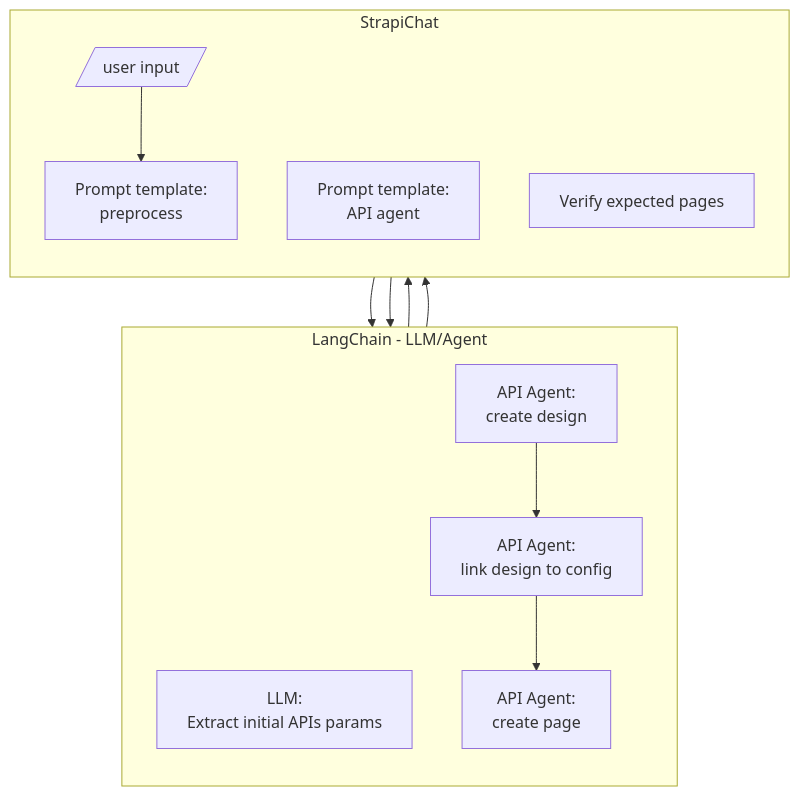
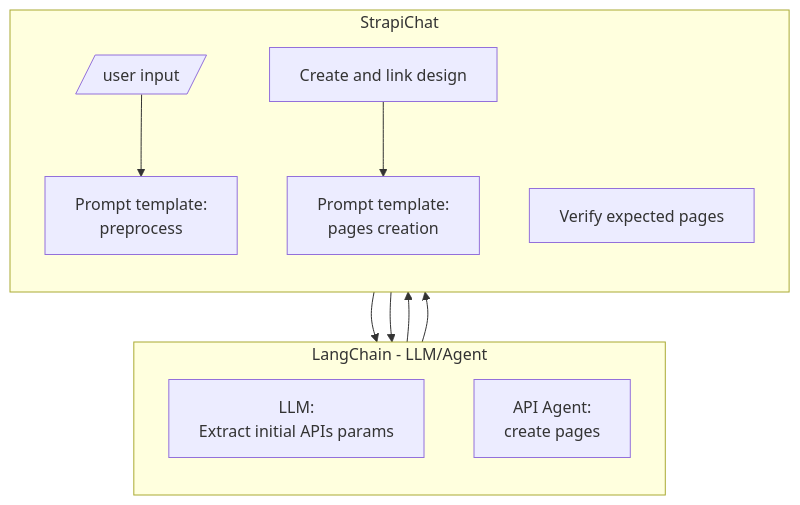
The third of 3 diagrams in README.md (alallaqi/poc-strapi-chat), drawn with Mermaid before and after one commit. The commit also changed 3 other files, not shown here.

Commit message:
- Agent prompt for basic page creation - Design creation and link switched to direct API call

````diff
--- a/README.md
+++ b/README.md
@@ -47,27 +47,25 @@
 ```mermaid
 flowchart TB
   
   subgraph LangChain - LLM/Agent
    direction TB
    Preprocess[LLM:<br />Extract initial APIs params]
-   AgentCreateDesign[API Agent:<br />create design]
-   AgentLinkDesign[API Agent:<br />link design to config]
-   AgentCreatePage[API Agent:<br />create page]
+   AgentPages[API Agent:<br />create pages]
   end
 
   subgraph StrapiChat
     direction TB
     Input[/user input/]
     PromptPreprocess[Prompt template:<br />preprocess]
-    PromptApiAgent[Prompt template:<br />API agent]
+    CreateDesign[Create and link design]
+    PromptAgentPages[Prompt template:<br />pages creation]
     Verify[Verify expected pages]
   end
 
   Input --> PromptPreprocess
   PromptPreprocess --> Preprocess
-  Preprocess --> PromptApiAgent
-  PromptApiAgent --> AgentCreateDesign
-  AgentCreateDesign --> AgentLinkDesign
-  AgentLinkDesign --> AgentCreatePage
-  AgentCreatePage --> Verify
+  Preprocess --> CreateDesign
+  CreateDesign --> PromptAgentPages
+  PromptAgentPages --> AgentPages
+  AgentPages --> Verify
 ```
````
